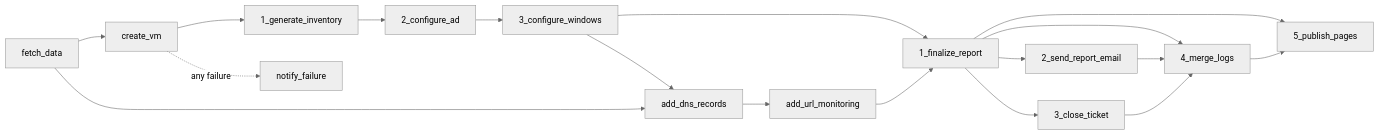
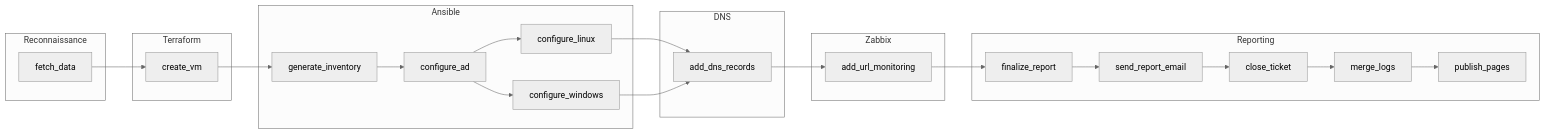
The first of 2 diagrams in README.md (sina-zare/VM-Creation-Automation), drawn with Mermaid (neutral theme) before and after one commit. The commit also changed other lines of this file and 5 other files, not shown here.

````diff
--- a/README.md
+++ b/README.md
@@ -69,20 +61,51 @@
 ```mermaid
 flowchart LR
-  F[fetch_data] --> C[create_vm]
-  C --> G[1_generate_inventory]
-  G --> AD[2_configure_ad]
-  AD --> W[3_configure_windows]
-  W --> D[add_dns_records]
-  F --> D
-  D --> Z[add_url_monitoring]
-  W --> R[1_finalize_report]
-  Z --> R
-  R --> E[2_send_report_email]
-  R --> X[3_close_ticket]
-  R --> P[5_publish_pages]
-  R --> M[4_merge_logs]
-  E --> M
-  X --> M
-  M --> P
-  C -. any failure .-> N[notify_failure]
+
+    subgraph Reconnaissance
+        F[fetch_data]
+    end
+
+    subgraph Terraform
+        C[create_vm]
+    end
+
+    subgraph Ansible
+        G[generate_inventory]
+        AD[configure_ad]
+        W[configure_windows]
+        L[configure_linux]
+    end
+
+    subgraph DNS
+        D[add_dns_records]
+    end
+
+    subgraph Zabbix
+        Z[add_url_monitoring]
+    end
+
+    subgraph Reporting
+        R[finalize_report]
+        E[send_report_email]
+        X[close_ticket]
+        M[merge_logs]
+        P[publish_pages]
+    end
+
+    F --> C
+    C --> G
+    G --> AD
+    AD --> W
+    AD --> L
+
+    L --> D
+    W --> D
+    D --> Z
+
+    Z --> R
+
+    R --> E
+    E --> X
+    X --> M
+    M --> P
 ```
````
